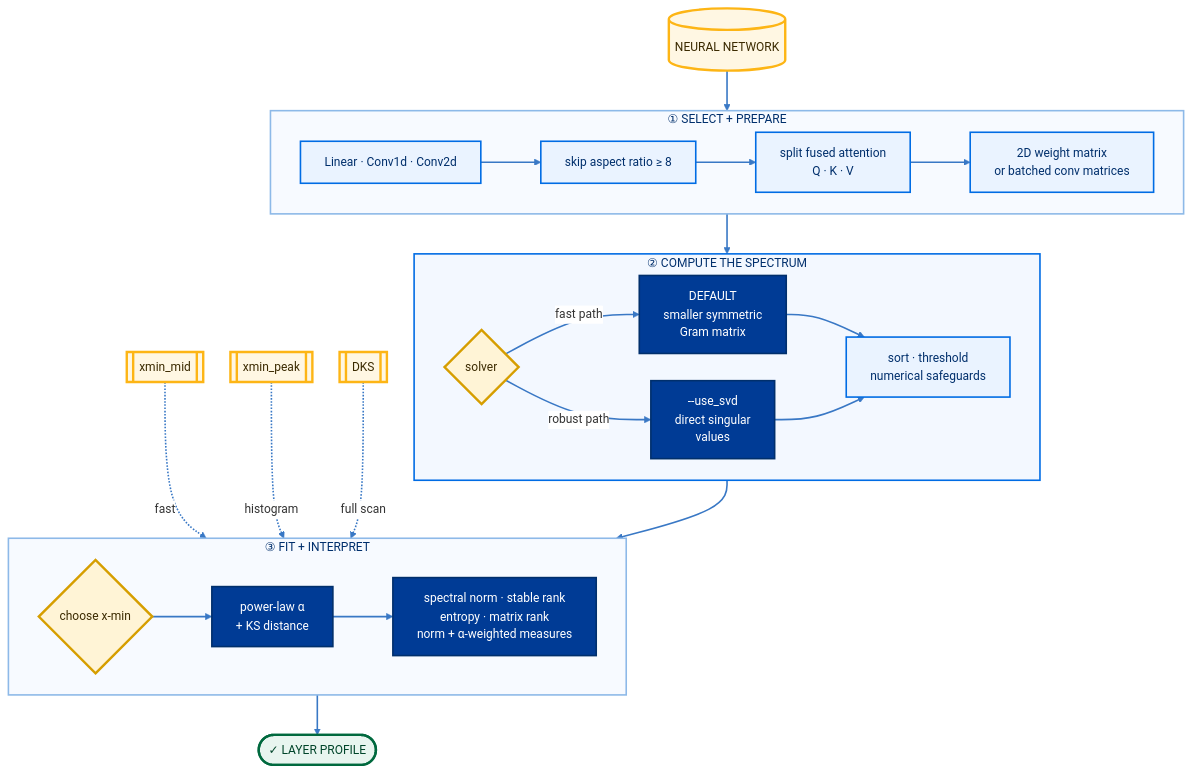
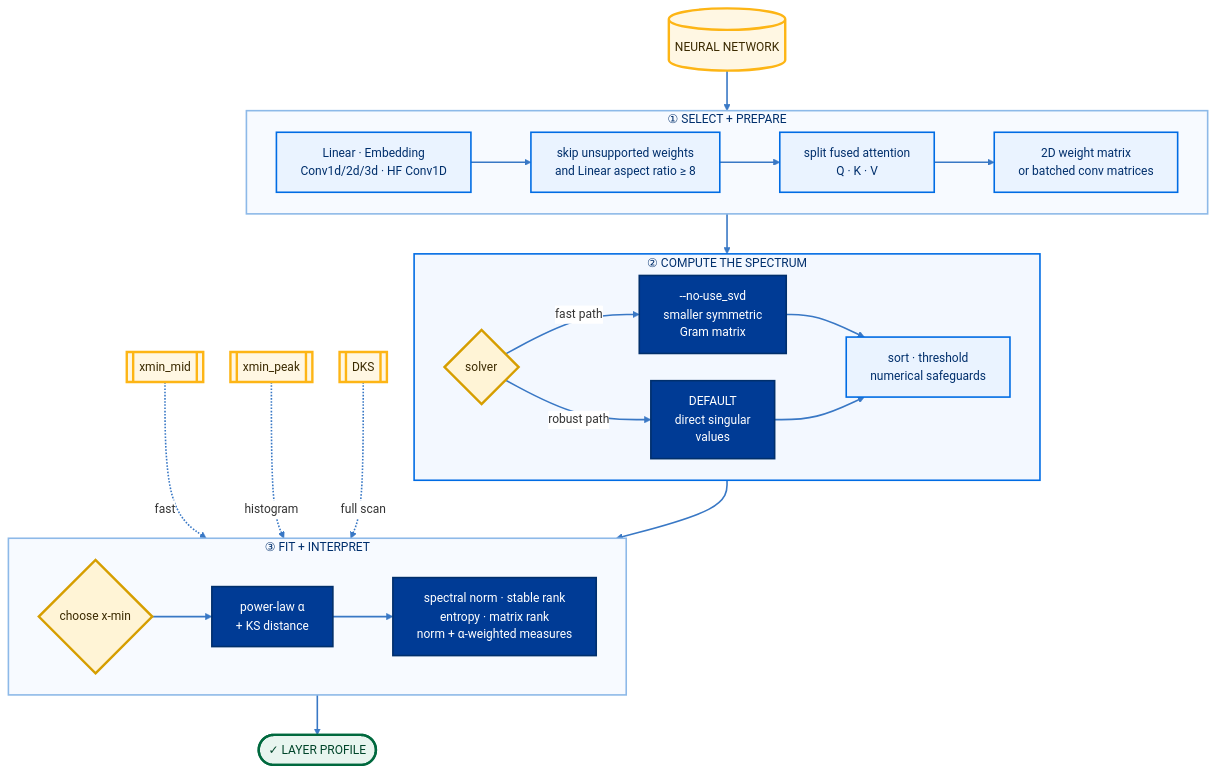
The fifth of 5 diagrams in README.md (RpM-Kinshuk/Model-Zoo), drawn with Mermaid before and after one commit. The commit also changed other lines of this file and 29 other files, not shown here.

````diff
--- a/README.md
+++ b/README.md
@@ -423,59 +423,59 @@
 ```mermaid
 %%{init: {"theme":"base","flowchart":{"curve":"basis","nodeSpacing":34,"rankSpacing":50},"themeVariables":{"fontFamily":"Inter, ui-sans-serif, system-ui","fontSize":"15px","lineColor":"#3978C5","clusterBkg":"#F7FAFF","clusterBorder":"#8DB9E8","edgeLabelBackground":"#FFFFFF"}}}%%
 flowchart TB
     MODEL[("NEURAL NETWORK")]
 
     subgraph PREPARE["①  SELECT + PREPARE"]
         direction LR
-        LAYERS["Linear · Conv1d · Conv2d"]
-        FILTER["skip aspect ratio ≥ 8"]
+        LAYERS["Linear · Embedding<br/>Conv1d/2d/3d · HF Conv1D"]
+        FILTER["skip unsupported weights<br/>and Linear aspect ratio ≥ 8"]
         SPLIT["split fused attention<br/>Q · K · V"]
         MATRIX["2D weight matrix<br/>or batched conv matrices"]
         LAYERS --> FILTER --> SPLIT --> MATRIX
     end
 
     subgraph SOLVE["②  COMPUTE THE SPECTRUM"]
         direction LR
         CHOICE{"solver"}
-        GRAM["DEFAULT<br/>smaller symmetric<br/>Gram matrix"]
-        SVD["--use_svd<br/>direct singular<br/>values"]
+        GRAM["--no-use_svd<br/>smaller symmetric<br/>Gram matrix"]
+        SVD["DEFAULT<br/>direct singular<br/>values"]
         STABLE["sort · threshold<br/>numerical safeguards"]
         CHOICE -->|fast path| GRAM
         CHOICE -->|robust path| SVD
         GRAM --> STABLE
         SVD --> STABLE
     end
 
     subgraph INTERPRET["③  FIT + INTERPRET"]
         direction LR
         XMIN{"choose x-min"}
         FIT["power-law α<br/>+ KS distance"]
         METRICS["spectral norm · stable rank<br/>entropy · matrix rank<br/>norm + α-weighted measures"]
         XMIN --> FIT --> METRICS
     end
 
     MODEL --> LAYERS
     MATRIX --> CHOICE
     STABLE --> XMIN
     METRICS --> DONE(["✓  LAYER PROFILE"])
 
     MID[["xmin_mid"]] -. fast .-> XMIN
     PEAK[["xmin_peak"]] -. histogram .-> XMIN
     DKS[["DKS"]] -. full scan .-> XMIN
 
     classDef source fill:#FFF7E3,stroke:#FDB515,color:#3B2A00,stroke-width:3px;
     classDef stage fill:#EAF3FF,stroke:#006CE4,color:#002F6C,stroke-width:2px;
     classDef execute fill:#003B95,stroke:#002F6C,color:#FFFFFF,stroke-width:2px;
     classDef decision fill:#FFF4D6,stroke:#D69E00,color:#3B2A00,stroke-width:3px;
     classDef success fill:#E8F5EF,stroke:#00693E,color:#00452A,stroke-width:3px;
     class MODEL,MID,PEAK,DKS source;
     class LAYERS,FILTER,SPLIT,MATRIX,STABLE stage;
     class GRAM,SVD,FIT,METRICS execute;
     class CHOICE,XMIN decision;
     class DONE success;
 
     style PREPARE fill:#F7FAFF,stroke:#8DB9E8,stroke-width:2px,color:#002F6C
     style SOLVE fill:#F3F8FF,stroke:#006CE4,stroke-width:2px,color:#002F6C
     style INTERPRET fill:#F7FAFF,stroke:#8DB9E8,stroke-width:2px,color:#002F6C
     linkStyle default stroke:#3978C5,stroke-width:2px
 ```
````
